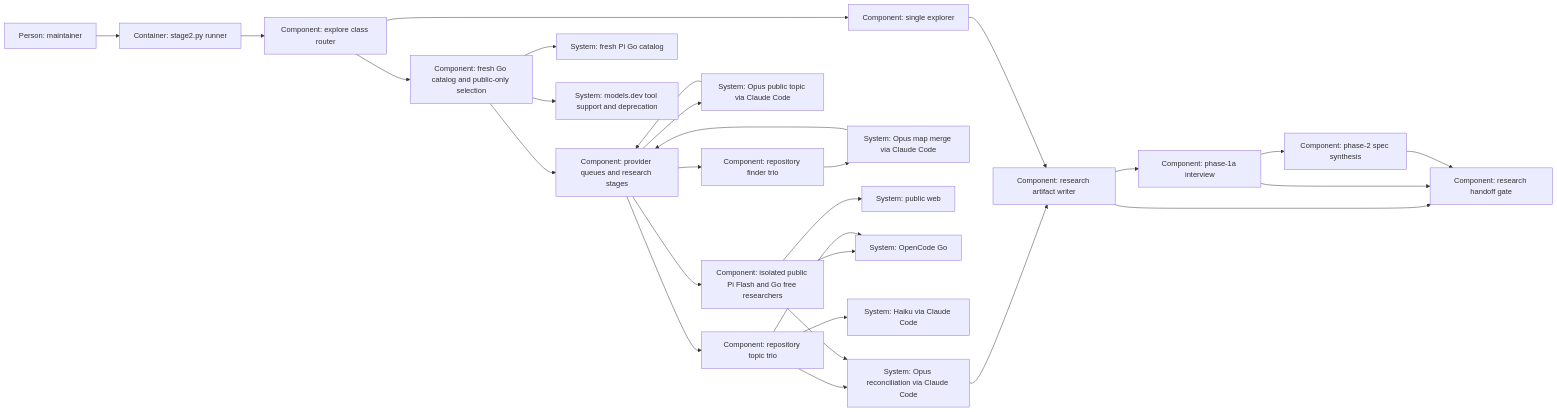
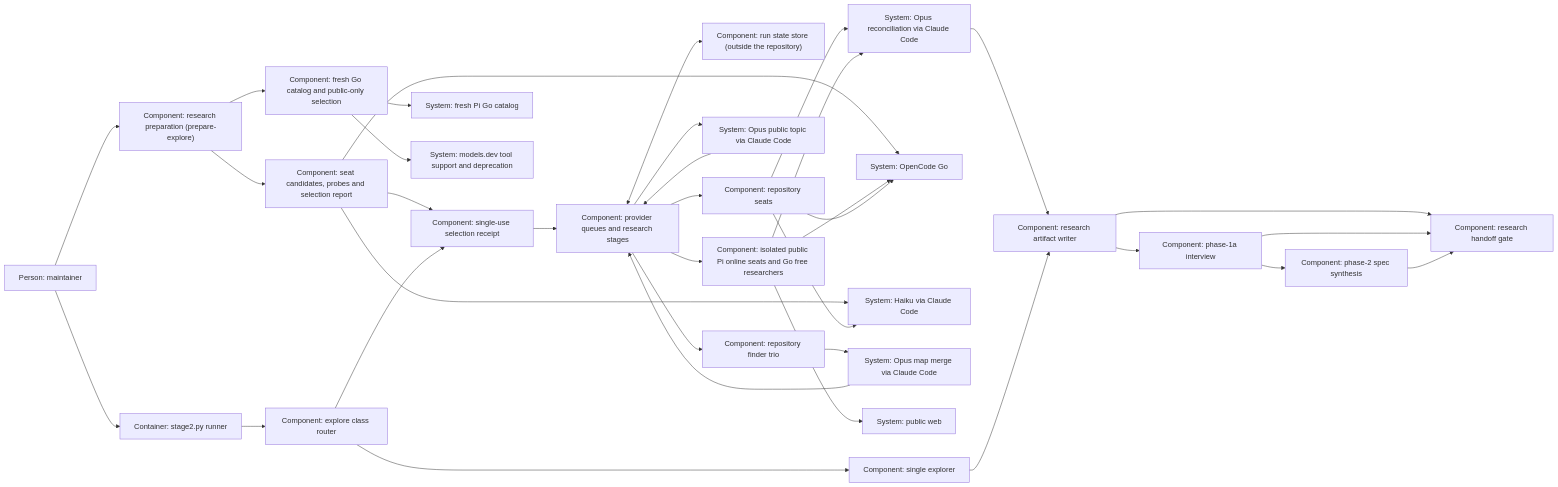
One commit to bicycle-brakes/monotrope changed the diagram in plans/changes/research-swarm/design.md. Above: the diagram before and after it, drawn with Mermaid. The commit also changed other lines of this file, not shown here.

First line of the commit message:
docs(coding-harness-icw): design seat preparation and the research state store

````diff
--- a/plans/changes/research-swarm/design.md
+++ b/plans/changes/research-swarm/design.md
@@ -572,30 +716,37 @@
 ```mermaid
 flowchart LR
     m["Person: maintainer"] --> r["Container: stage2.py runner"]
     r --> c["Component: explore class router"]
     c --> s["Component: single explorer"]
-    c --> cat["Component: fresh Go catalog and public-only selection"]
-    cat --> q["Component: provider queues and research stages"]
+    m --> prep["Component: research preparation (prepare-explore)"]
+    prep --> cat["Component: fresh Go catalog and public-only selection"]
+    prep --> sel["Component: seat candidates, probes and selection report"]
+    sel --> rcpt["Component: single-use selection receipt"]
+    sel --> go
+    sel --> claude
+    c --> rcpt
+    rcpt --> q["Component: provider queues and research stages"]
     cat --> picat["System: fresh Pi Go catalog"]
     cat --> caps["System: models.dev tool support and deprecation"]
+    q <--> store["Component: run state store (outside the repository)"]
     q --> f["Component: repository finder trio"]
     f --> merge["System: Opus map merge via Claude Code"]
     merge --> q
     q --> topic["System: Opus public topic via Claude Code"]
     topic --> q
-    q --> local["Component: repository topic trio"]
-    q --> online["Component: isolated public Pi Flash and Go free researchers"]
+    q --> local["Component: repository seats"]
+    q --> online["Component: isolated public Pi online seats and Go free researchers"]
     online --> web["System: public web"]
     online --> go["System: OpenCode Go"]
     local --> go
     local --> claude["System: Haiku via Claude Code"]
     local --> judge["System: Opus reconciliation via Claude Code"]
     online --> judge
     judge --> w["Component: research artifact writer"]
     s --> w
     w --> interview["Component: phase-1a interview"]
     interview --> spec["Component: phase-2 spec synthesis"]
     w --> gate["Component: research handoff gate"]
     interview --> gate
     spec --> gate
 ```
````
